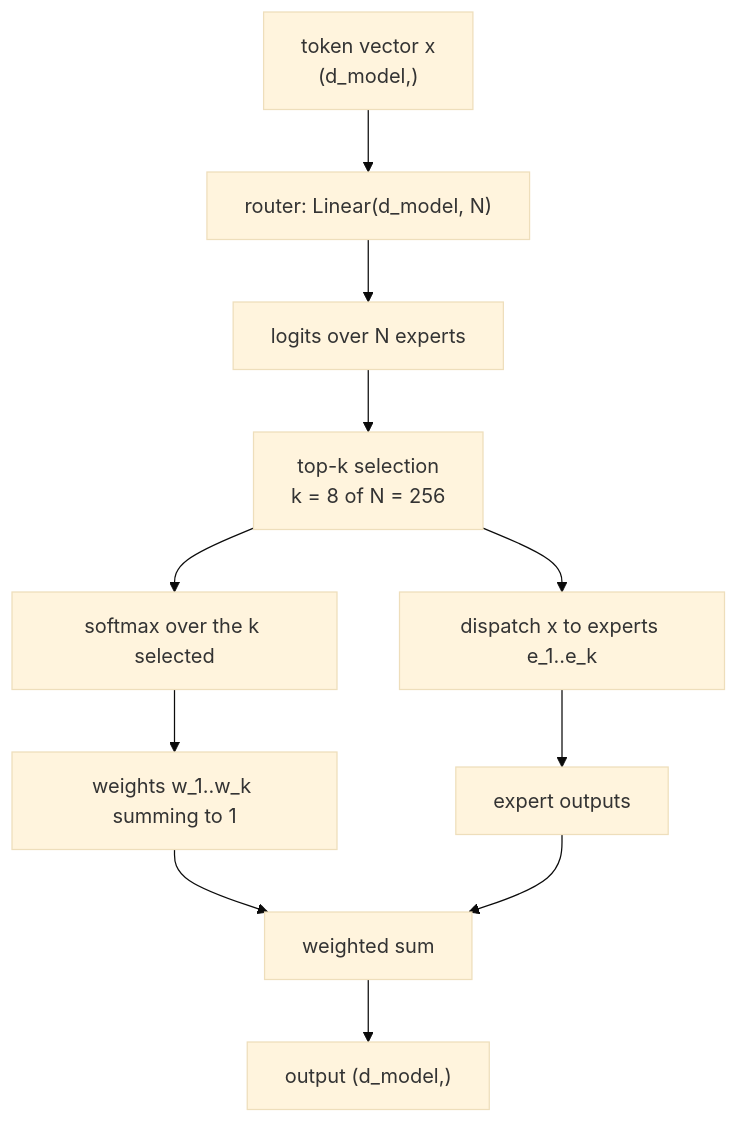
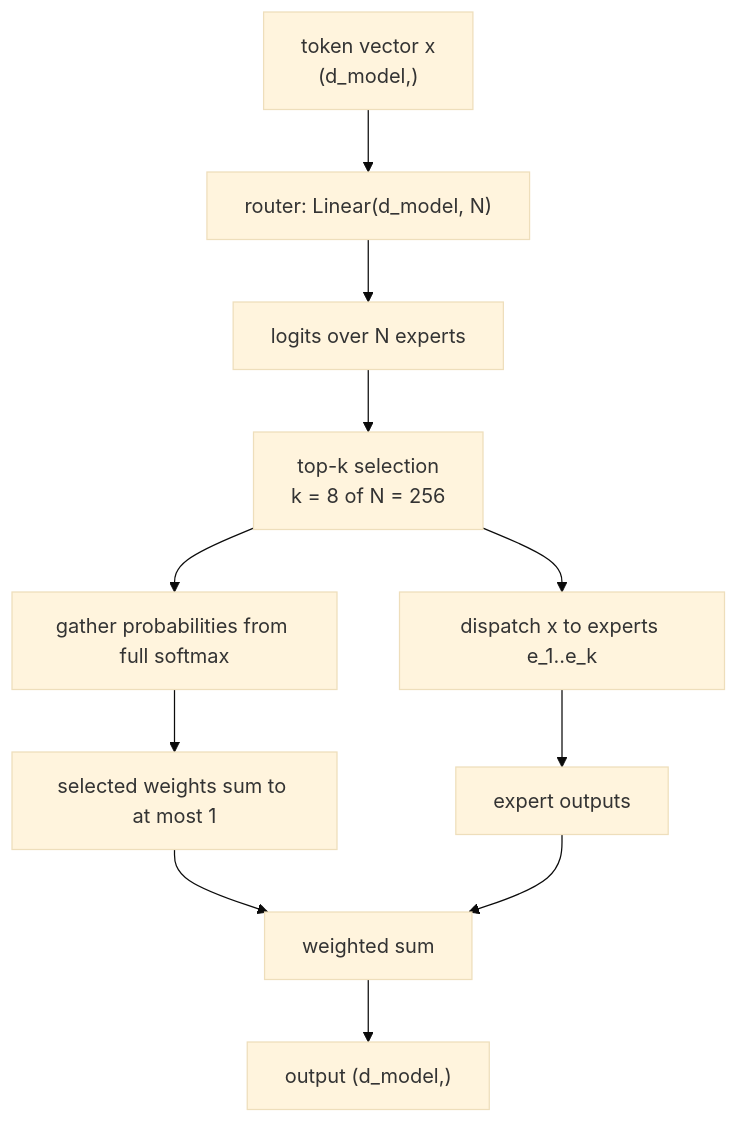
The second of 5 diagrams in content/courses/transformers/12-mixture-of-experts.md (alliedbrother/ml-interview-notes), drawn with Mermaid (base theme) before and after one commit. The commit also changed other lines of this file and 217 other files, not shown here.

````diff
--- a/content/courses/transformers/12-mixture-of-experts.md
+++ b/content/courses/transformers/12-mixture-of-experts.md
@@ -123,13 +127,13 @@
 ```mermaid
 flowchart TD
     T["token vector x<br/>(d_model,)"] --> G["router: Linear(d_model, N)"]
     G --> L["logits over N experts"]
     L --> TK["top-k selection<br/>k = 8 of N = 256"]
-    TK --> SM["softmax over the k selected"]
-    SM --> W["weights w_1..w_k summing to 1"]
+    TK --> SM["gather probabilities from full softmax"]
+    SM --> W["selected weights sum to at most 1"]
     TK --> DISP["dispatch x to experts e_1..e_k"]
     DISP --> EO["expert outputs"]
     W --> COMB["weighted sum"]
     EO --> COMB
     COMB --> OUT["output (d_model,)"]
 ```
````
